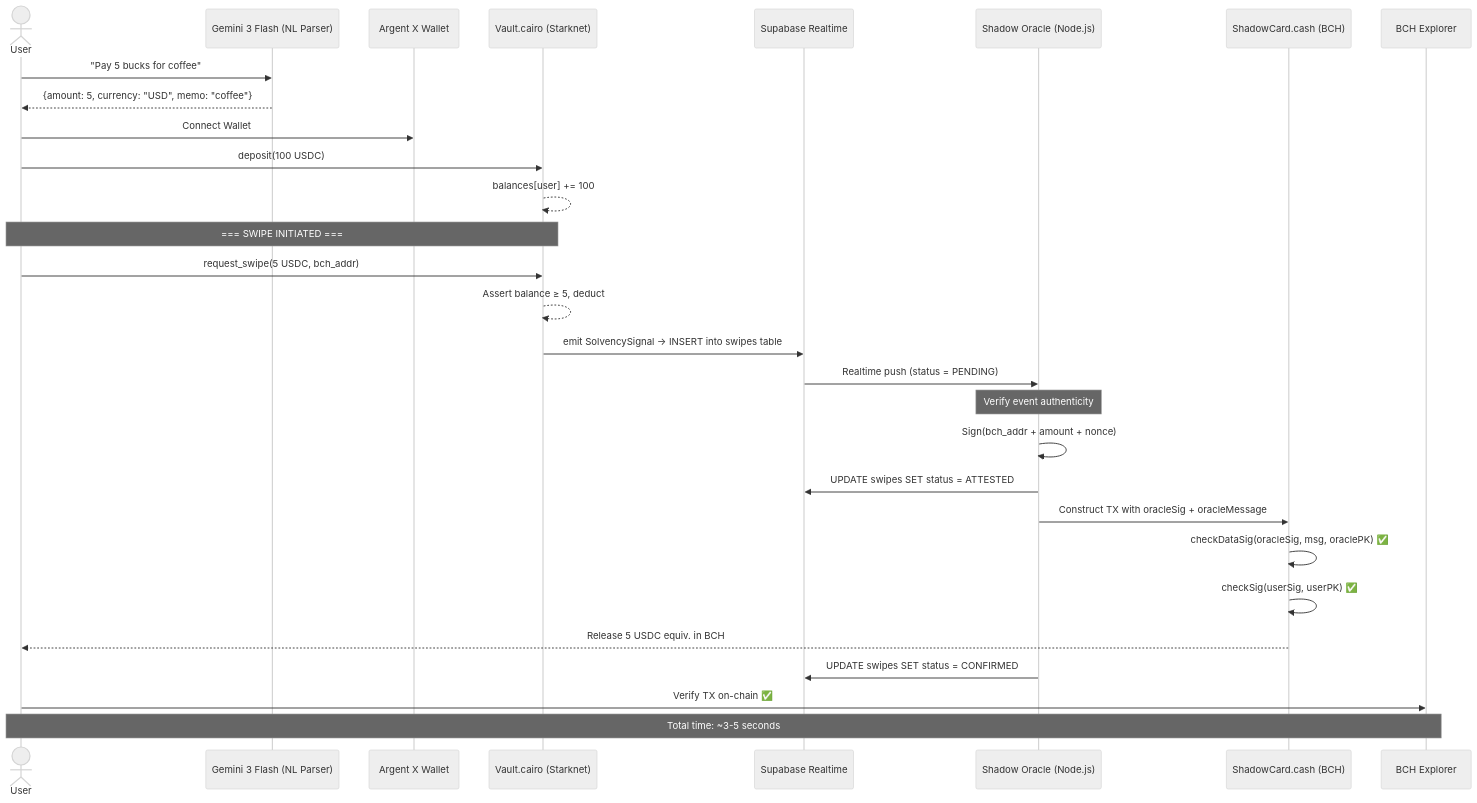
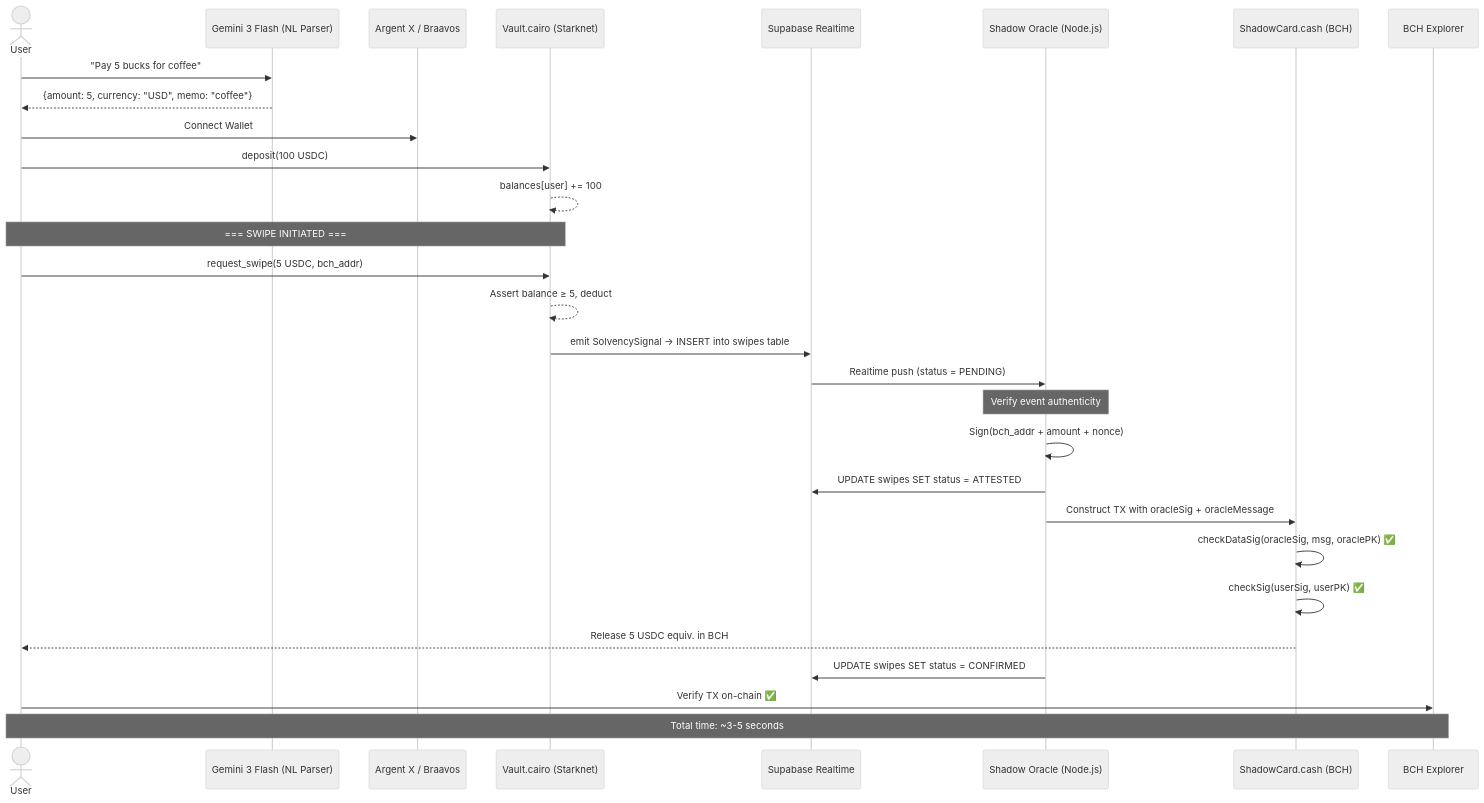
Before and after one commit to Rasslonely/Zero---Gravity: the second of 5 diagrams in ARCHITECTURE.md, drawn with Mermaid (neutral theme). The commit also changed other lines of this file and 6 other files, not shown here.

````diff
--- a/ARCHITECTURE.md
+++ b/ARCHITECTURE.md
@@ -103,39 +103,39 @@
 ```mermaid
 sequenceDiagram
     actor User
     participant Gemini as Gemini 3 Flash (NL Parser)
-    participant ArgentX as Argent X Wallet
+    participant ArgentX as Argent X / Braavos
     participant Vault as Vault.cairo (Starknet)
     participant Supabase as Supabase Realtime
     participant Oracle as Shadow Oracle (Node.js)
     participant Covenant as ShadowCard.cash (BCH)
     participant Explorer as BCH Explorer
 
     User->>Gemini: "Pay 5 bucks for coffee"
     Gemini-->>User: {amount: 5, currency: "USD", memo: "coffee"}
 
     User->>ArgentX: Connect Wallet
     User->>Vault: deposit(100 USDC)
     Vault-->>Vault: balances[user] += 100
 
     Note over User,Vault: === SWIPE INITIATED ===
 
     User->>Vault: request_swipe(5 USDC, bch_addr)
     Vault-->>Vault: Assert balance ≥ 5, deduct
     Vault->>Supabase: emit SolvencySignal → INSERT into swipes table
     Supabase->>Oracle: Realtime push (status = PENDING)
 
     Note over Oracle: Verify event authenticity
 
     Oracle->>Oracle: Sign(bch_addr + amount + nonce)
     Oracle->>Supabase: UPDATE swipes SET status = ATTESTED
     Oracle->>Covenant: Construct TX with oracleSig + oracleMessage
     Covenant->>Covenant: checkDataSig(oracleSig, msg, oraclePK) ✅
     Covenant->>Covenant: checkSig(userSig, userPK) ✅
     Covenant-->>User: Release 5 USDC equiv. in BCH
     Oracle->>Supabase: UPDATE swipes SET status = CONFIRMED
 
     User->>Explorer: Verify TX on-chain ✅
 
     Note over User,Explorer: Total time: ~3-5 seconds
 ```
````
